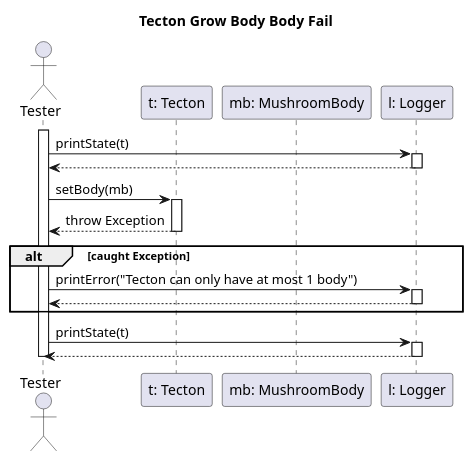
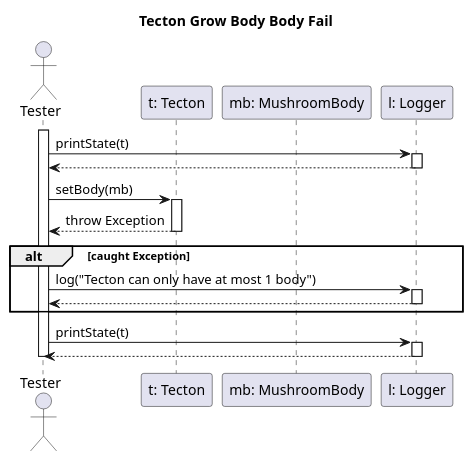
The diagram in diagrams/test-sequence/tectonGrowBodyBodyFail.puml (dzsem/projlab), drawn with PlantUML before and after one commit. The commit also changed 6 other files, not shown here.

```diff
--- a/diagrams/test-sequence/tectonGrowBodyBodyFail.puml
+++ b/diagrams/test-sequence/tectonGrowBodyBodyFail.puml
@@ -1,37 +1,37 @@
 @startuml tectonGrowBodyTest
 
 title Tecton Grow Body Body Fail
 
 actor "Tester" as ts
 participant "t: Tecton" as t
 participant "mb: MushroomBody" as mb
 participant "l: Logger" as l
 
 activate ts
 
 ts -> l: printState(t)
 activate l
 ts <-- l
 deactivate l
 
 ts -> t: setBody(mb)
 activate t
 
 ts <-- t: throw Exception
 deactivate t
 
 alt caught Exception
-    ts -> l: printError("Tecton can only have at most 1 body")
+    ts -> l: log("Tecton can only have at most 1 body")
     activate l
     ts <-- l
     deactivate l    
 end
 
 ts -> l: printState(t)
 activate l
 ts <-- l
 deactivate l
 
 deactivate ts
 
 @enduml
```
